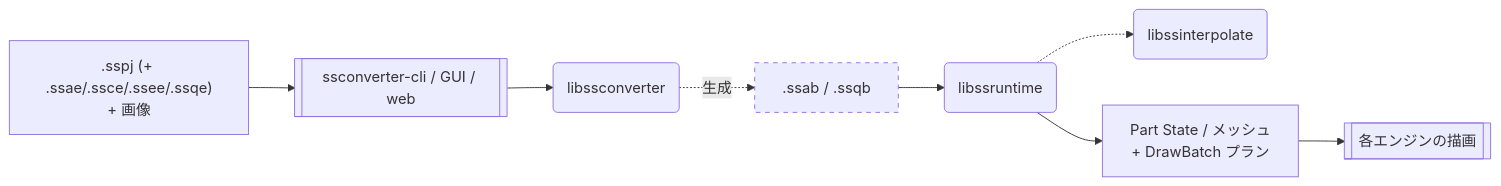
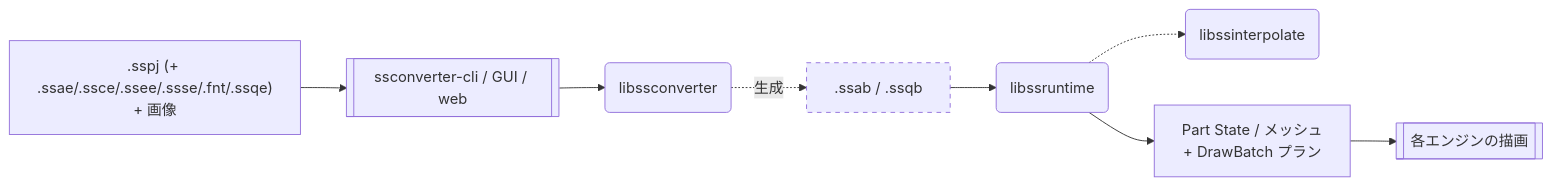
One commit to cri-middleware/SpriteStudio-Docs changed the diagram in docs/ja/sdk/concepts.md. Above: the diagram before and after it, drawn with Mermaid. The commit also changed other lines of this file and 6 other files, not shown here.

````diff
--- a/docs/ja/sdk/concepts.md
+++ b/docs/ja/sdk/concepts.md
@@ -16,19 +16,19 @@
 ```mermaid
 graph LR
-    SS[" .sspj (+ .ssae/.ssce/.ssee/.ssqe)<br/>+ 画像 "]
+    SS[" .sspj (+ .ssae/.ssce/.ssee/.ssse/.fnt/.ssqe)<br/>+ 画像 "]
     CLI[[" ssconverter-cli / GUI / web "]]
     CONV(" libssconverter ")
     BIN[" .ssab / .ssqb "]
     RT(" libssruntime ")
     INT(" libssinterpolate ")
     STATE[" Part State / メッシュ<br/>+ DrawBatch プラン "]
     REND[[" 各エンジンの描画 "]]
 
     SS --> CLI --> CONV -. 生成 .-> BIN
     BIN --> RT
     RT -.-> INT
     RT --> STATE --> REND
 
     classDef generated stroke-dasharray: 5 5;
     class BIN generated;
 ```
````
